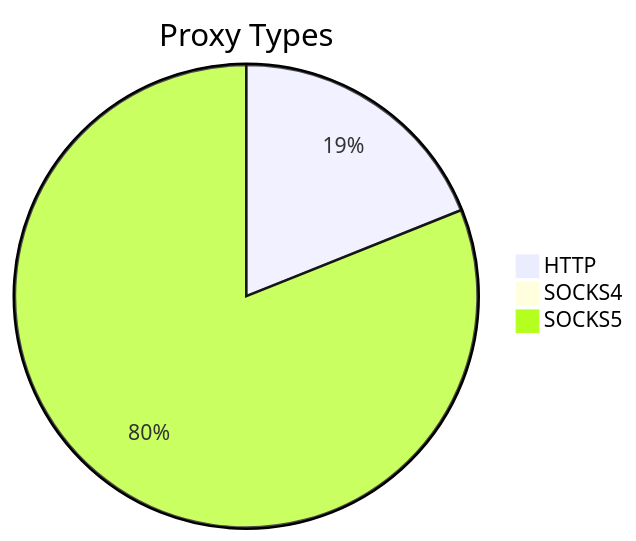
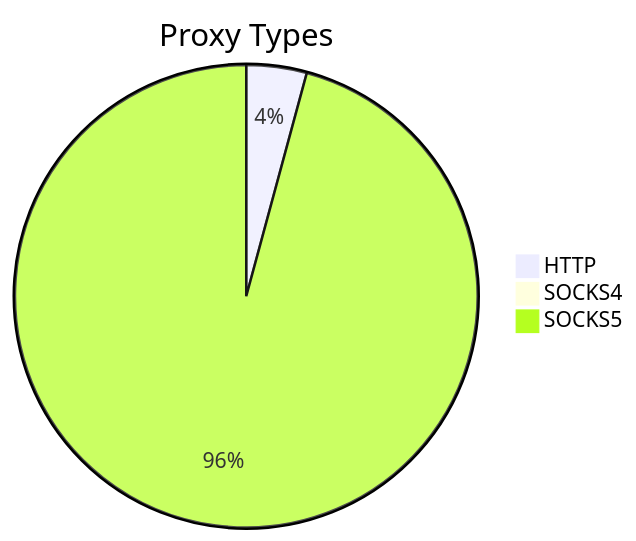
One commit to stormsia/proxy-list changed the first of 2 diagrams in README.md. Above: the diagram before and after it, drawn with Mermaid. The commit also changed other lines of this file, not shown here.

````diff
--- a/README.md
+++ b/README.md
@@ -21,6 +21,6 @@
 ```mermaid
 pie title Proxy Types
-    "HTTP" : 387
-    "SOCKS4" : 15
-    "SOCKS5" : 1657
+    "HTTP" : 259
+    "SOCKS4" : 16
+    "SOCKS5" : 5887
 ```
````
